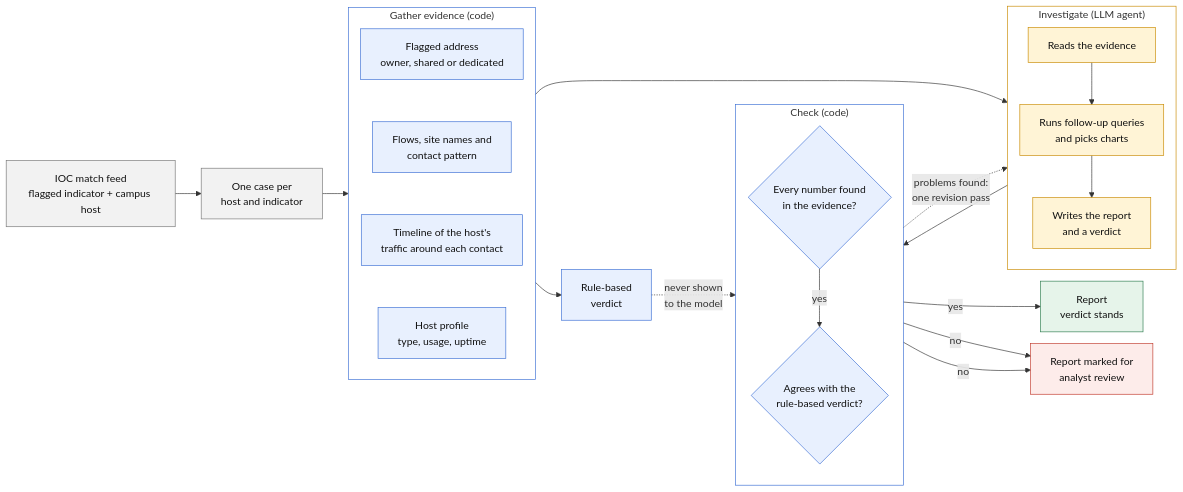
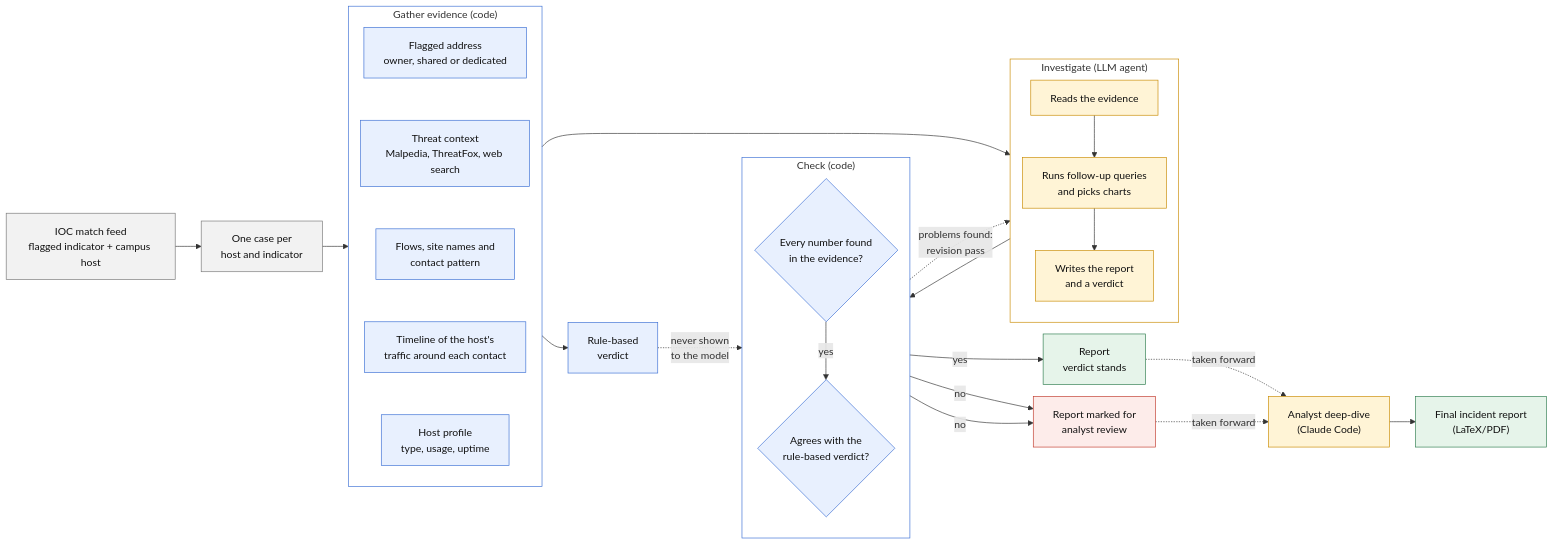
One commit to Benji-code/automated-ioc-investigator changed the first of 2 diagrams in README.md. Above: the diagram before and after it, drawn with Mermaid. The commit also changed other lines of this file and 2 other files, not shown here.

First line of the commit message:
Docs: analyst stage, current workflow, shorter README

````diff
--- a/README.md
+++ b/README.md
@@ -39,55 +37,60 @@
 ```mermaid
 %%{init: {"flowchart": {"nodeSpacing": 18, "rankSpacing": 40}}}%%
 flowchart LR
     feed["IOC match feed<br/>flagged indicator + campus host"] --> cases["One case per<br/>host and indicator"]
     cases --> gather
 
     subgraph gather["Gather evidence (code)"]
         direction TB
         g1["Flagged address<br/>owner, shared or dedicated"]
+        g5["Threat context<br/>Malpedia, ThreatFox, web search"]
         g2["Flows, site names and<br/>contact pattern"]
         g3["Timeline of the host's<br/>traffic around each contact"]
         g4["Host profile<br/>type, usage, uptime"]
-        g1 ~~~ g2 ~~~ g3 ~~~ g4
+        g1 ~~~ g5 ~~~ g2 ~~~ g3 ~~~ g4
     end
 
     gather --> investigate
     gather --> rules["Rule-based<br/>verdict"]
 
     subgraph investigate["Investigate (LLM agent)"]
         direction TB
         m1["Reads the evidence"]
         m2["Runs follow-up queries<br/>and picks charts"]
         m3["Writes the report<br/>and a verdict"]
         m1 --> m2 --> m3
     end
 
     investigate --> check
 
     subgraph check["Check (code)"]
         direction TB
         c1{"Every number found<br/>in the evidence?"}
         c2{"Agrees with the<br/>rule-based verdict?"}
         c1 -- yes --> c2
     end
 
     rules -. "never shown<br/>to the model" .-> c2
-    check -. "problems found:<br/>one revision pass" .-> investigate
+    check -. "problems found:<br/>revision pass" .-> investigate
     c2 -- yes --> done["Report<br/>verdict stands"]
     c1 -- no --> review["Report marked for<br/>analyst review"]
     c2 -- no --> review
+
+    done -. "taken forward" .-> deep["Analyst deep-dive<br/>(Claude Code)"]
+    review -. "taken forward" .-> deep
+    deep --> final["Final incident report<br/>(LaTeX/PDF)"]
 
     classDef code fill:#e8f0fe,stroke:#3b6fd4,color:#111
     classDef model fill:#fff4d6,stroke:#c98a00,color:#111
     classDef io fill:#f2f2f2,stroke:#777,color:#111
     classDef good fill:#e6f4ea,stroke:#2e7d4f,color:#111
     classDef warn fill:#fdecea,stroke:#c0392b,color:#111
-    class g1,g2,g3,g4,c1,c2,rules code
-    class m1,m2,m3 model
+    class g1,g2,g3,g4,g5,c1,c2,rules code
+    class m1,m2,m3,deep model
     class feed,cases io
-    class done good
+    class done,final good
     class review warn
     style gather fill:none,stroke:#3b6fd4
     style investigate fill:none,stroke:#c98a00
     style check fill:none,stroke:#3b6fd4
 ```
````
